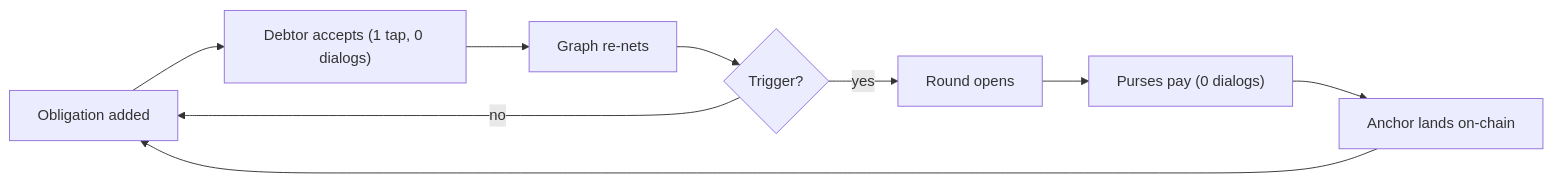
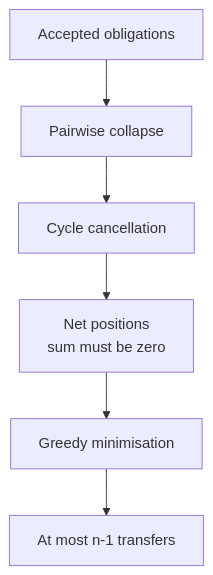
One commit to winsznx/tally changed the second of 3 diagrams in README.md. Above: the diagram before and after it, drawn with Mermaid. The commit also changed other lines of this file and 12 other files, not shown here.

````diff
--- a/README.md
+++ b/README.md
@@ -14,11 +78,8 @@
 ```mermaid
-flowchart LR
-    A["Obligation added"] --> B["Debtor accepts (1 tap, 0 dialogs)"]
-    B --> C["Graph re-nets"]
-    C --> D{"Trigger?"}
-    D -->|no| A
-    D -->|yes| E["Round opens"]
-    E --> F["Purses pay (0 dialogs)"]
-    F --> G["Anchor lands on-chain"]
-    G --> A
+flowchart TD
+    A["Accepted obligations"] --> B["Pairwise collapse"]
+    B --> C["Cycle cancellation"]
+    C --> D["Net positions<br/>sum must be zero"]
+    D --> E["Greedy minimisation"]
+    E --> F["At most n-1 transfers"]
 ```
````
